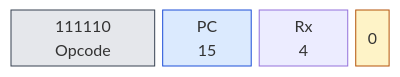
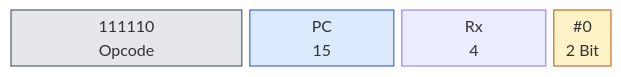
Before and after one commit to olfp/Deep16: the fourth of 4 diagrams in book/kap04.md, drawn with Mermaid. The commit also changed other lines of this file and 1 other file, not shown here.

Commit message:
book(kap04): Diagramm-Beschriftungen korrigiert (# für Immediate, Bitbreiten ergänzt)

````diff
--- a/book/kap04.md
+++ b/book/kap04.md
@@ -276,14 +276,14 @@
 ```mermaid
 block-beta
   columns 31
   classDef op fill:#e5e7eb,stroke:#374151
   classDef reg fill:#dbeafe,stroke:#1d4ed8
   classDef imm fill:#fef3c7,stroke:#b45309
   b0["111110<br/>Opcode"]:11
   b1["PC<br/>15"]:7
   b2["Rx<br/>4"]:7
-  b3["0"]:3
+  b3["#0<br/>2 Bit"]:3
   class b0 op
   class b1 b2 reg
   class b3 imm
 ```
````
